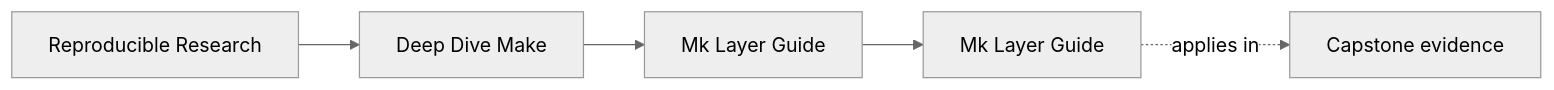
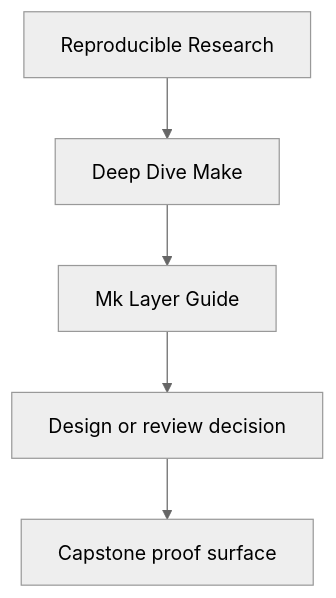
Before and after one commit to bijux/bijux-masterclass: the first of 2 diagrams in programs/reproducible-research/deep-dive-make/course-book/reference/mk-layer-guide.md, drawn with Mermaid (neutral theme). The commit also changed other lines of this file and 29 other files, not shown here.

Commit message:
docs(deep-dive-make): sharpen guide and reference diagrams

````diff
--- a/programs/reproducible-research/deep-dive-make/course-book/reference/mk-layer-guide.md
+++ b/programs/reproducible-research/deep-dive-make/course-book/reference/mk-layer-guide.md
@@ -9,11 +9,7 @@
 ```mermaid
-graph LR
-  family["Reproducible Research"]
-  program["Deep Dive Make"]
-  section["Mk Layer Guide"]
-  page["Mk Layer Guide"]
-  capstone["Capstone evidence"]
-
-  family --> program --> section --> page
-  page -.applies in.-> capstone
+flowchart TD
+  family["Reproducible Research"] --> program["Deep Dive Make"]
+  program --> reference["Mk Layer Guide"]
+  reference --> review["Design or review decision"]
+  review --> capstone["Capstone proof surface"]
 ```
````
